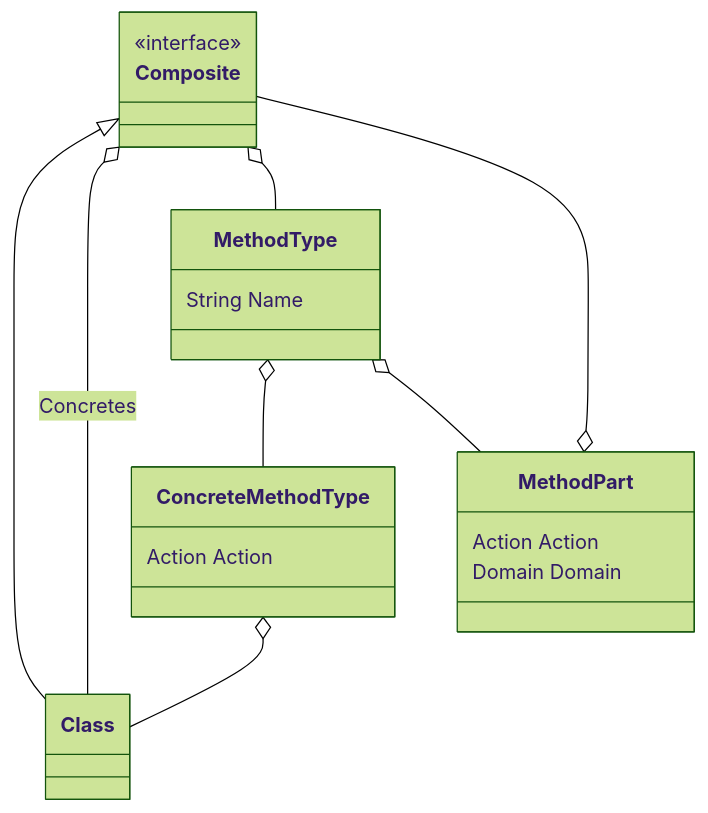
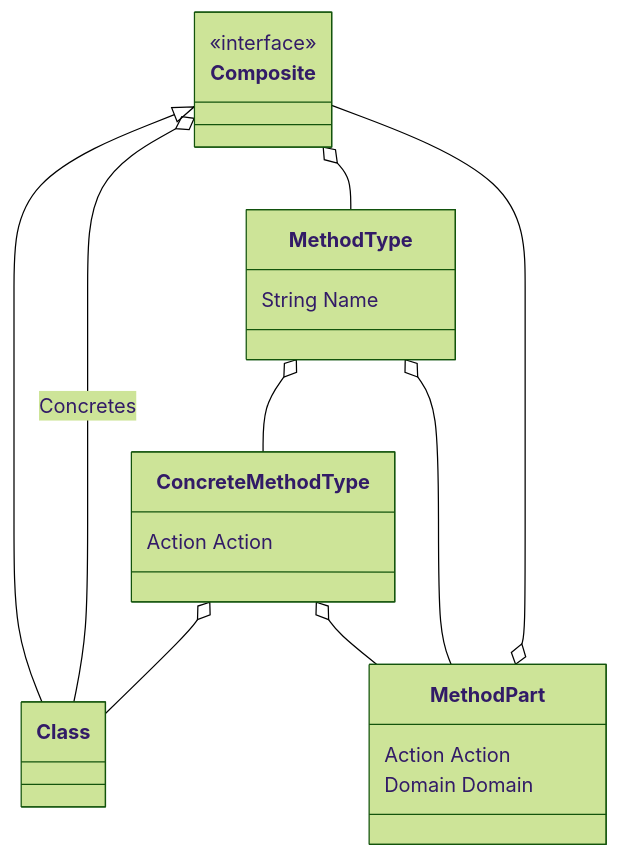
Before and after one commit to allors/core: the diagram in docs/meta-method.class.mermaid, drawn with Mermaid (forest theme). The commit also changed 9 other files, not shown here.

```diff
--- a/docs/meta-method.class.mermaid
+++ b/docs/meta-method.class.mermaid
@@ -1,18 +1,19 @@
 classDiagram
     class Class
     Composite <|-- Class
     class Composite
     <<interface>> Composite
     Composite o-- Class : Concretes
     Composite o-- MethodType
     class ConcreteMethodType
     ConcreteMethodType : Action Action
     ConcreteMethodType o-- Class
+    ConcreteMethodType o-- MethodPart
     class MethodPart
     MethodPart : Action Action
     MethodPart o-- Composite
     MethodPart : Domain Domain
     class MethodType
     MethodType o-- ConcreteMethodType
     MethodType o-- MethodPart
     MethodType : String Name
```
